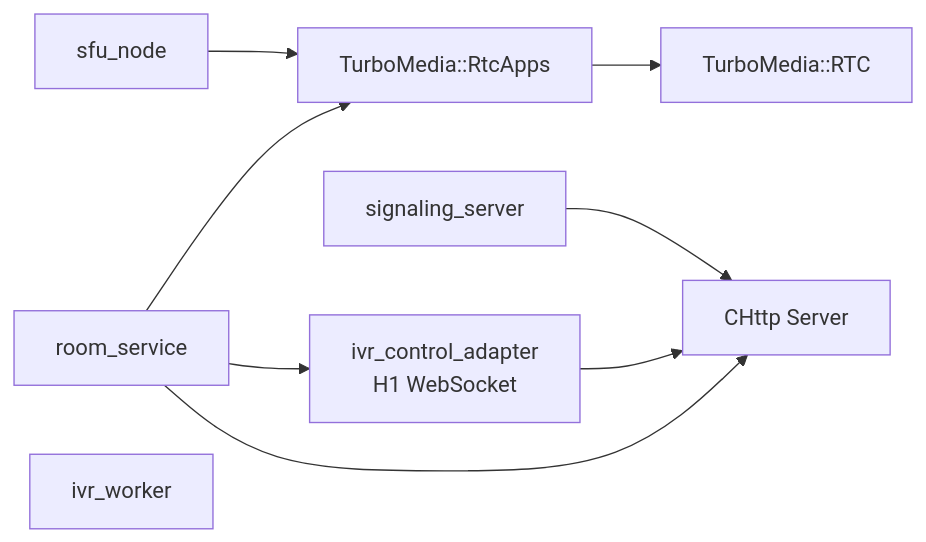
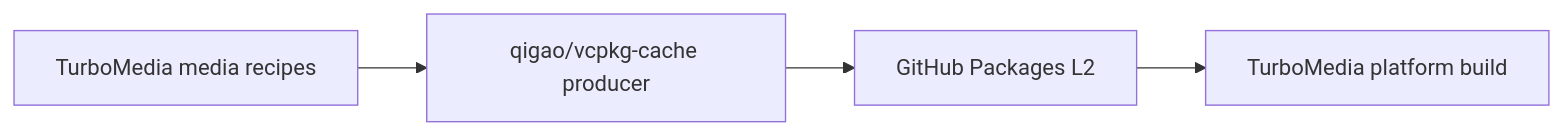
One commit to qigao/turbomedia changed the fifth of 6 diagrams in ARCHITECTURE.md. Above: the diagram before and after it, drawn with Mermaid. The commit also changed other lines of this file and 25 other files, not shown here.

First line of the commit message:
refactor: make TurboMedia build platform-capability based (#144)

````diff
--- a/ARCHITECTURE.md
+++ b/ARCHITECTURE.md
@@ -265,18 +243,9 @@
 ```mermaid
 flowchart LR
-  Room["room_service"]
-  SFU["sfu_node"]
-  IVR["ivr_worker"]
-  Sig["signaling_server"]
-  Apps["TurboMedia::RtcApps"]
-  RTC["TurboMedia::RTC"]
-  CHttp["CHttp Server"]
-  WS["ivr_control_adapter\nH1 WebSocket"]
+  Recipe["TurboMedia media recipes"]
+  Producer["qigao/vcpkg-cache producer"]
+  L2["GitHub Packages L2"]
+  Build["TurboMedia platform build"]
 
-  Room --> Apps
-  SFU --> Apps
-  Apps --> RTC
-  Room --> CHttp
-  Room --> WS --> CHttp
-  Sig --> CHttp
+  Recipe --> Producer --> L2 --> Build
 ```
````
